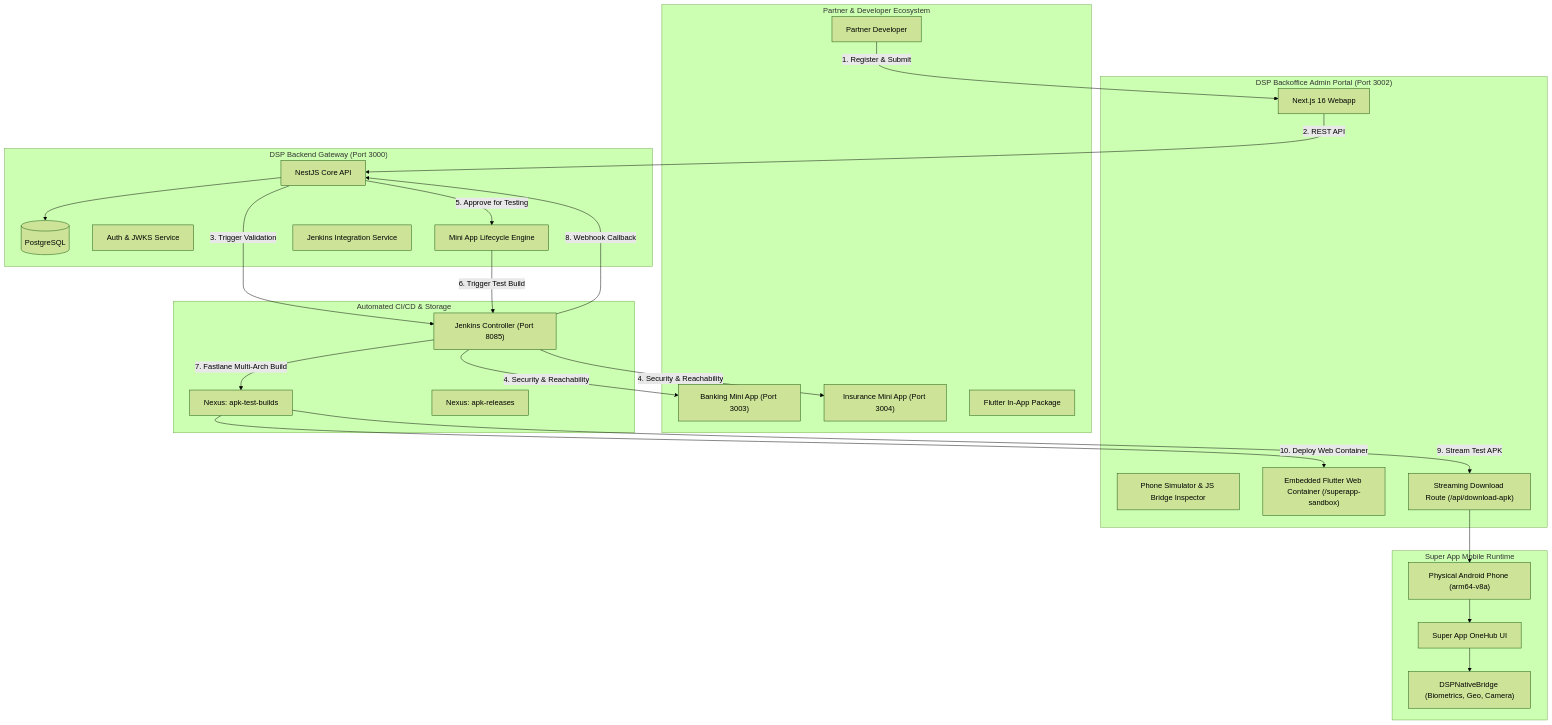
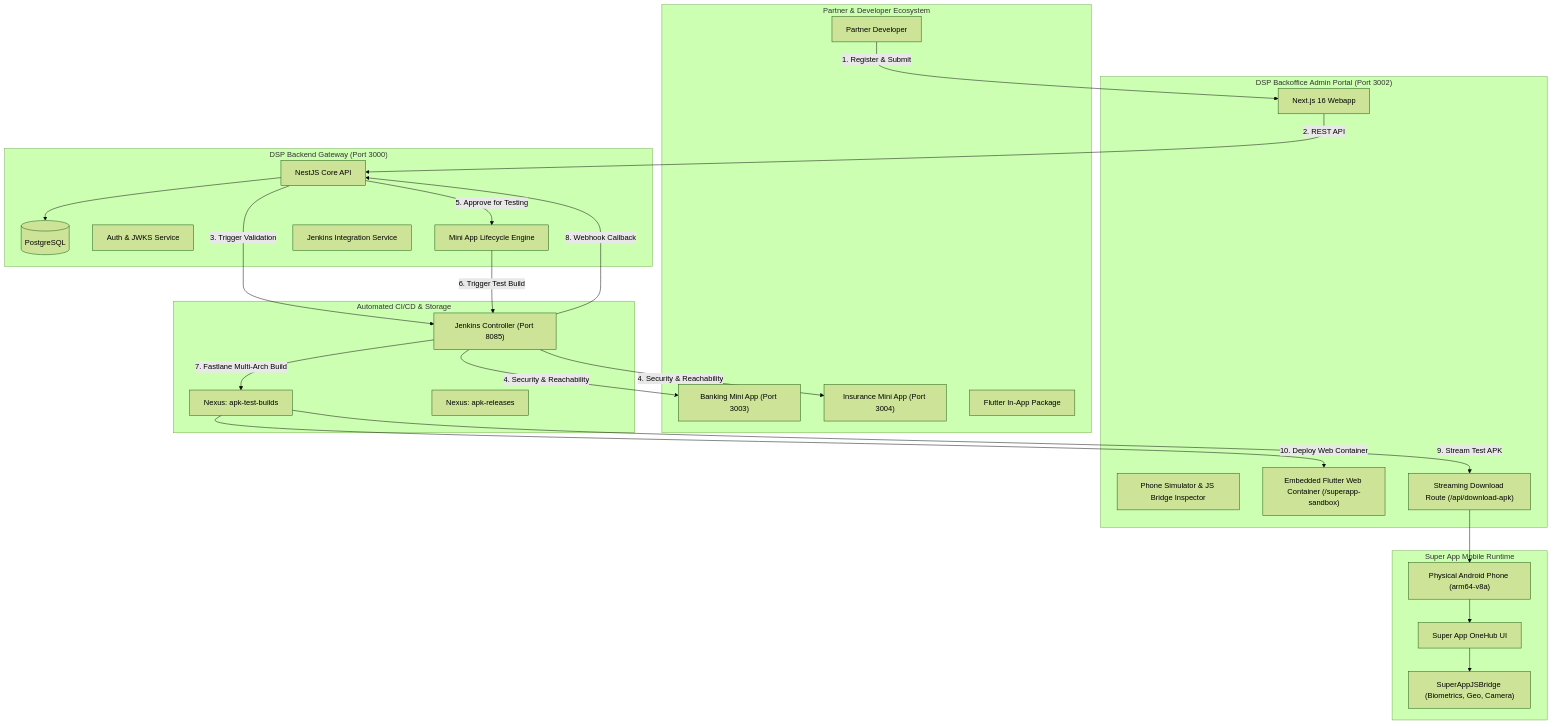
One commit to KhornMolika/super-app-integration changed the diagram in README.md. Above: the diagram before and after it, drawn with Mermaid (forest theme). The commit also changed other lines of this file and 12 other files, not shown here.

Commit message:
refactor(bridge): consolidate and unify exclusively on SuperAppJSBridge

````diff
--- a/README.md
+++ b/README.md
@@ -16,50 +16,50 @@
 ```mermaid
 flowchart TD
     subgraph Partners["Partner & Developer Ecosystem"]
         Dev["Partner Developer"]
         BankingApp["Banking Mini App (Port 3003)"]
         InsuranceApp["Insurance Mini App (Port 3004)"]
         FlutterPkg["Flutter In-App Package"]
     end
 
     subgraph Backoffice["DSP Backoffice Admin Portal (Port 3002)"]
         BO_UI["Next.js 16 Webapp"]
         SandboxSim["Phone Simulator & JS Bridge Inspector"]
         WebSandbox["Embedded Flutter Web Container (/superapp-sandbox)"]
         DownloadRoute["Streaming Download Route (/api/download-apk)"]
     end
 
     subgraph Backend["DSP Backend Gateway (Port 3000)"]
         API["NestJS Core API"]
         DB[(PostgreSQL)]
         AuthService["Auth & JWKS Service"]
         Lifecycle["Mini App Lifecycle Engine"]
         JenkinsService["Jenkins Integration Service"]
     end
 
     subgraph CICD["Automated CI/CD & Storage"]
         Jenkins["Jenkins Controller (Port 8085)"]
         NexusTest["Nexus: apk-test-builds"]
         NexusRel["Nexus: apk-releases"]
     end
 
     subgraph MobileRuntime["Super App Mobile Runtime"]
         RealPhone["Physical Android Phone (arm64-v8a)"]
         SuperAppUI["Super App OneHub UI"]
-        NativeBridge["DSPNativeBridge (Biometrics, Geo, Camera)"]
+        NativeBridge["SuperAppJSBridge (Biometrics, Geo, Camera)"]
     end
 
     Dev -->|1. Register & Submit| BO_UI
     BO_UI -->|2. REST API| API
     API --> DB
     API -->|3. Trigger Validation| Jenkins
     Jenkins -->|4. Security & Reachability| BankingApp & InsuranceApp
     API -->|5. Approve for Testing| Lifecycle
     Lifecycle -->|6. Trigger Test Build| Jenkins
     Jenkins -->|7. Fastlane Multi-Arch Build| NexusTest
     Jenkins -->|8. Webhook Callback| API
     NexusTest -->|9. Stream Test APK| DownloadRoute --> RealPhone
     NexusTest -->|10. Deploy Web Container| WebSandbox
     RealPhone --> SuperAppUI
     SuperAppUI --> NativeBridge
 ```
````
